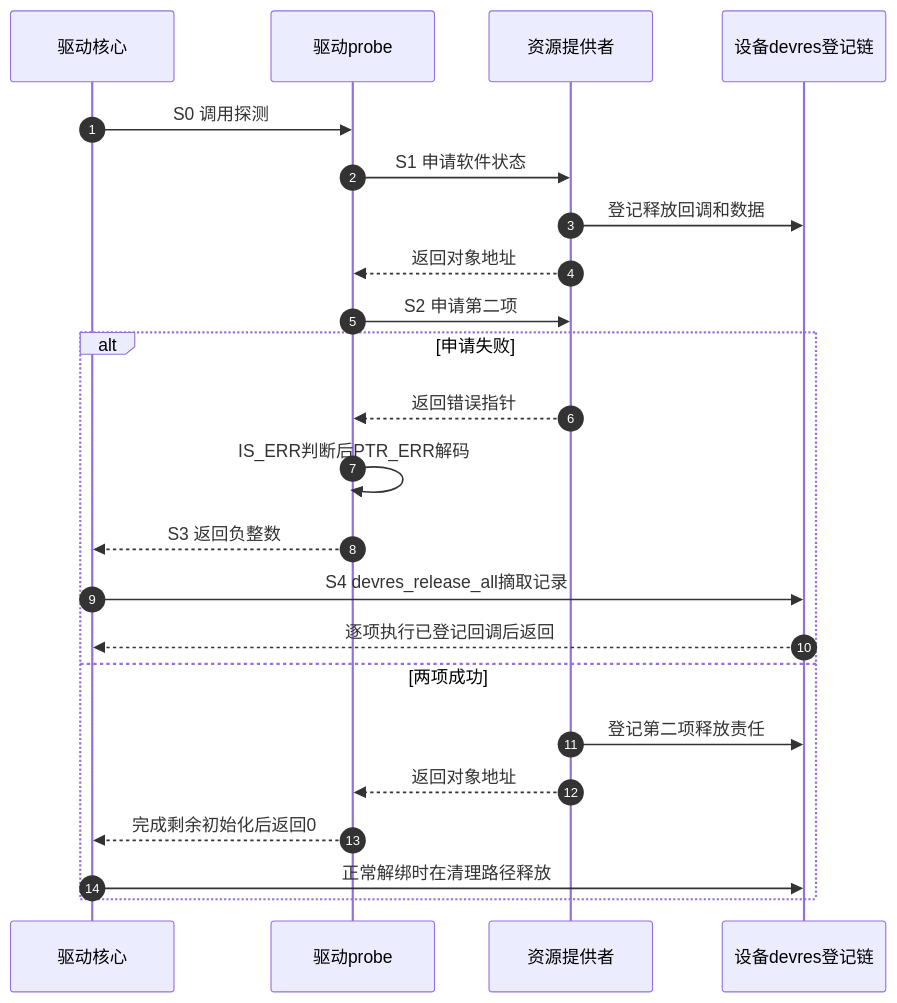
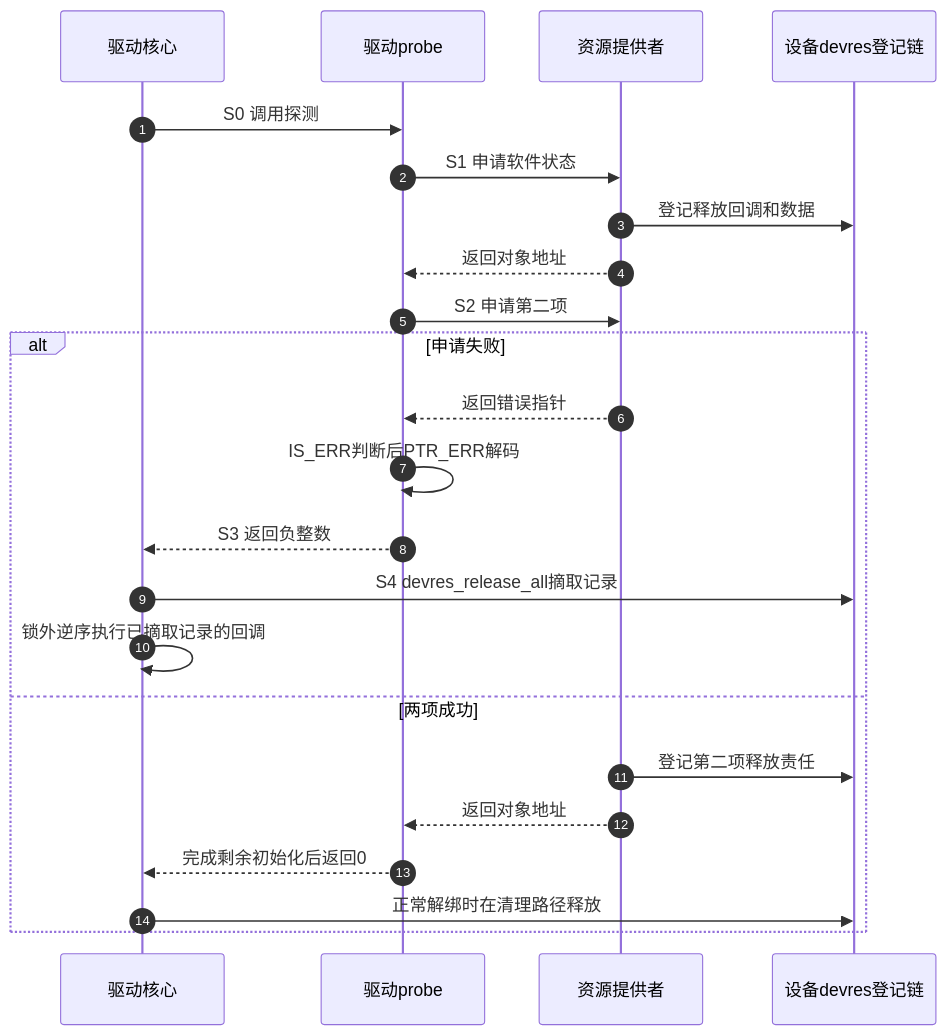
One commit to FormingSystem/linux_note changed the second of 2 diagrams in knowledge/linux/error_handling/error_pointer/P03_资源失败与驱动回滚.md. Above: the diagram before and after it, drawn with Mermaid. The commit also changed other lines of this file and 5 other files, not shown here.

````diff
--- a/knowledge/linux/error_handling/error_pointer/P03_资源失败与驱动回滚.md
+++ b/knowledge/linux/error_handling/error_pointer/P03_资源失败与驱动回滚.md
@@ -92,25 +92,25 @@
 ```mermaid
 sequenceDiagram
     autonumber
     participant Core as 驱动核心
     participant Probe as 驱动probe
     participant Get as 资源提供者
     participant List as 设备devres登记链
     Core->>Probe: S0 调用探测
     Probe->>Get: S1 申请软件状态
     Get->>List: 登记释放回调和数据
     Get-->>Probe: 返回对象地址
     Probe->>Get: S2 申请第二项
     alt 申请失败
         Get-->>Probe: 返回错误指针
         Probe->>Probe: IS_ERR判断后PTR_ERR解码
         Probe-->>Core: S3 返回负整数
         Core->>List: S4 devres_release_all摘取记录
-        List-->>Core: 逐项执行已登记回调后返回
+        Core->>Core: 锁外逆序执行已摘取记录的回调
     else 两项成功
         Get->>List: 登记第二项释放责任
         Get-->>Probe: 返回对象地址
         Probe-->>Core: 完成剩余初始化后返回0
         Core->>List: 正常解绑时在清理路径释放
     end
 ```
````
